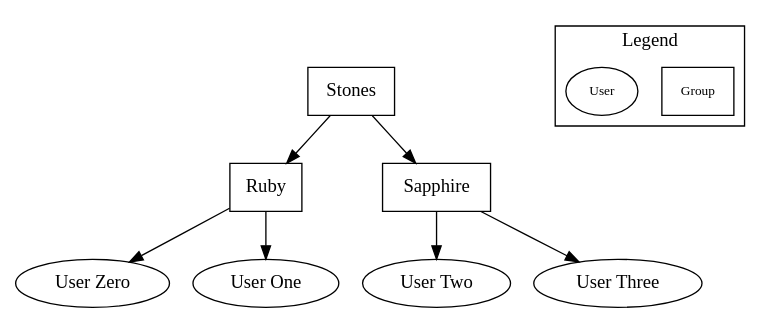
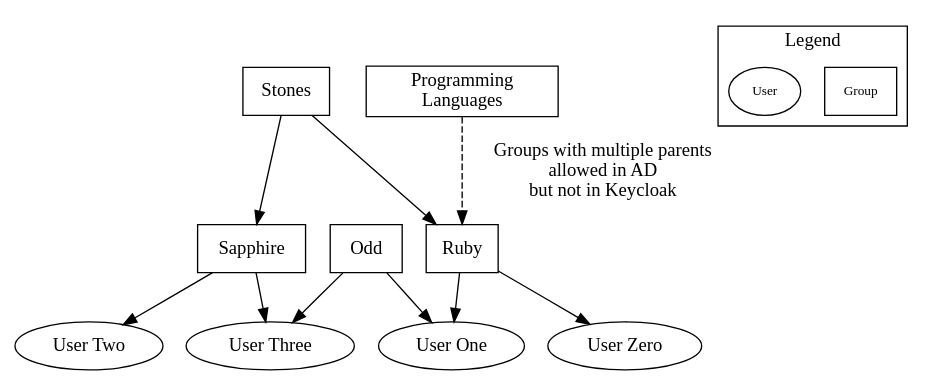
The diagram in provisioned-ad-structure.dot (ackerleytng/kc-ad-exploration), drawn with Graphviz before and after one commit. The commit also changed 2 other files, not shown here.

```diff
--- a/provisioned-ad-structure.dot
+++ b/provisioned-ad-structure.dot
@@ -1,33 +1,42 @@
 digraph {
     stones -> ruby
     stones -> sapphire
 
     ruby -> user0
     ruby -> user1
 
     sapphire -> user2
     sapphire -> user3
 
     stones [label="Stones",shape=rectangle]
     ruby [label="Ruby",shape=rectangle]
     sapphire [label="Sapphire",shape=rectangle]
+
+    odd [label="Odd",shape=rectangle]
+
+    odd -> user1
+    odd -> user3
+
+    programming_languages [label="Programming\nLanguages",shape=rectangle,width=2]
+
+    programming_languages -> ruby [label="Groups with multiple parents\nallowed in AD\nbut not in Keycloak",style=dashed]
 
     user0 [label="User Zero"]
     user1 [label="User One"]
     user2 [label="User Two"]
     user3 [label="User Three"]
 
     spacing [style=invisible]
 
     node [fontsize=10]
     subgraph cluster_key {
         label="Legend"
         {
             rank = same
             groups
             users
         }
         groups [label="Group",shape=rectangle]
         users [label="User"]
     }
 }
```
